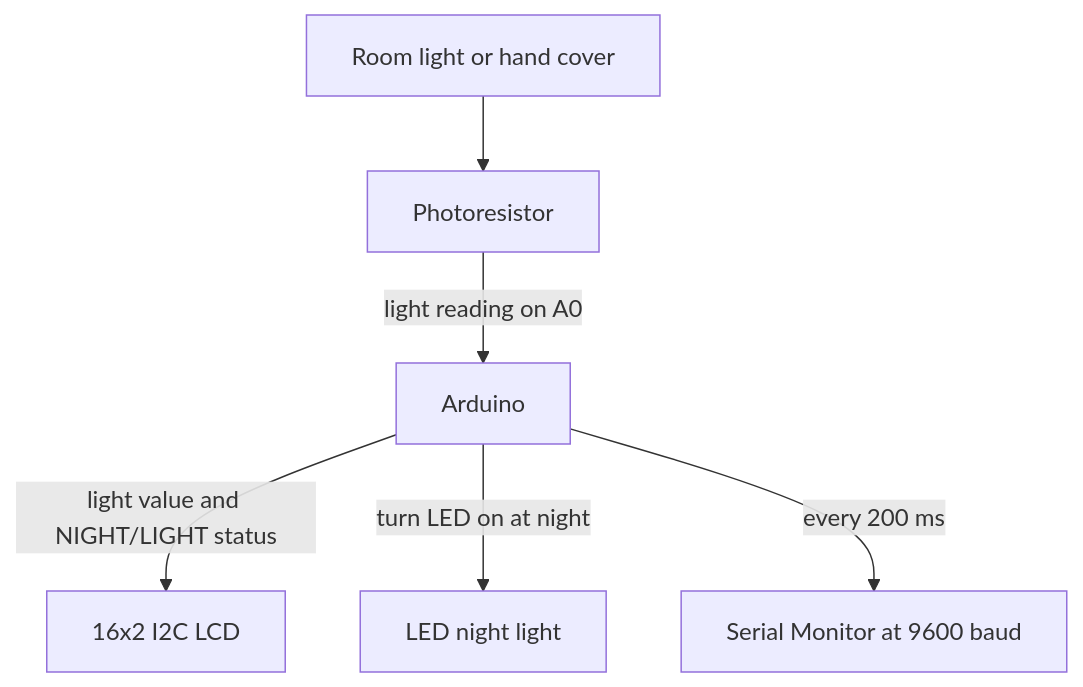
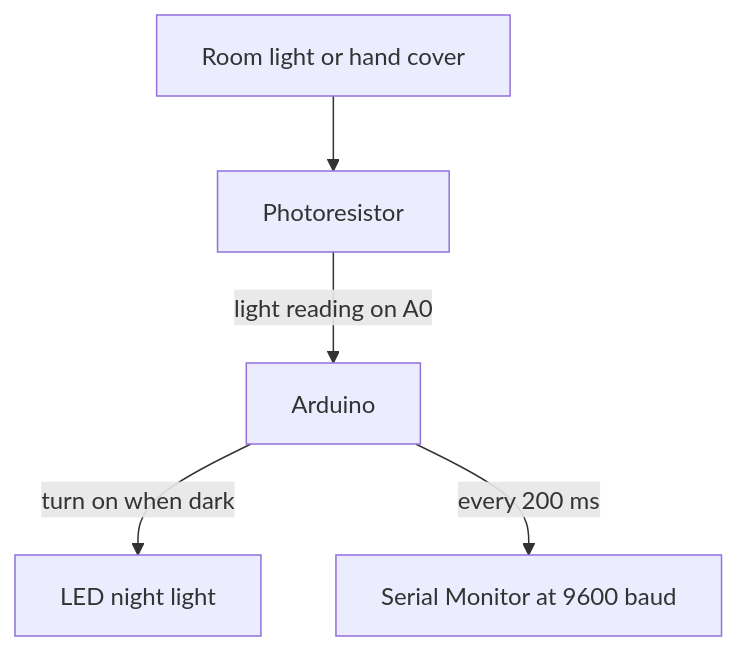
The second of 2 diagrams in docs/connections.md (Danncode10/Automatic-Night-Lights), drawn with Mermaid before and after one commit. The commit also changed other lines of this file and 3 other files, not shown here.

Commit message:
Refactor project documentation and Arduino sketch to remove LCD functionality and simplify night-light operation

````diff
--- a/docs/connections.md
+++ b/docs/connections.md
@@ -66,8 +48,7 @@
 ```mermaid
 flowchart TD
     Light["Room light or hand cover"] --> Photoresistor["Photoresistor"]
     Photoresistor -->|"light reading on A0"| Arduino["Arduino"]
-    Arduino -->|"light value and NIGHT/LIGHT status"| LCD["16x2 I2C LCD"]
-    Arduino -->|"turn LED on at night"| LED["LED night light"]
+    Arduino -->|"turn on when dark"| LED["LED night light"]
     Arduino -->|"every 200 ms"| Serial["Serial Monitor at 9600 baud"]
 ```
````
